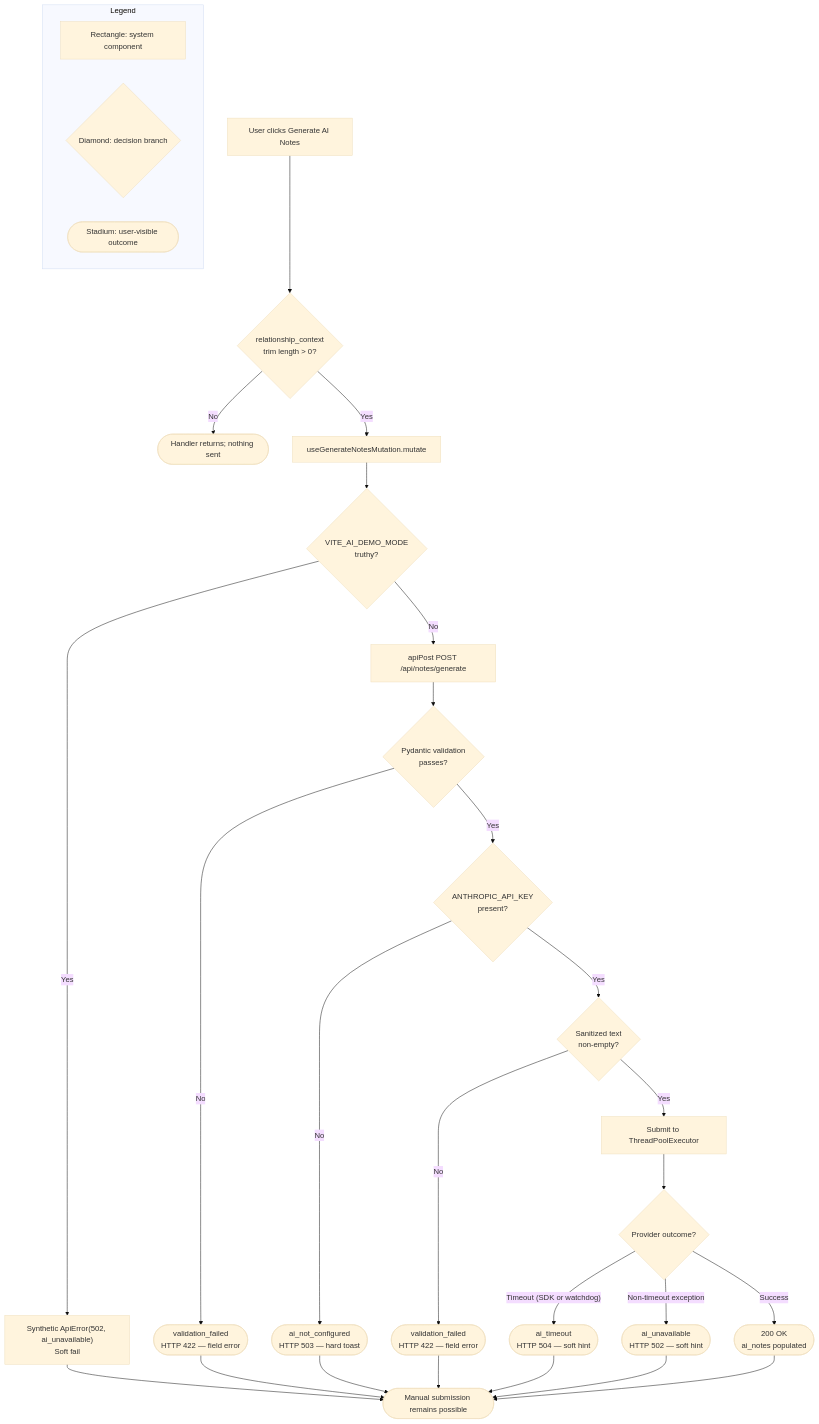
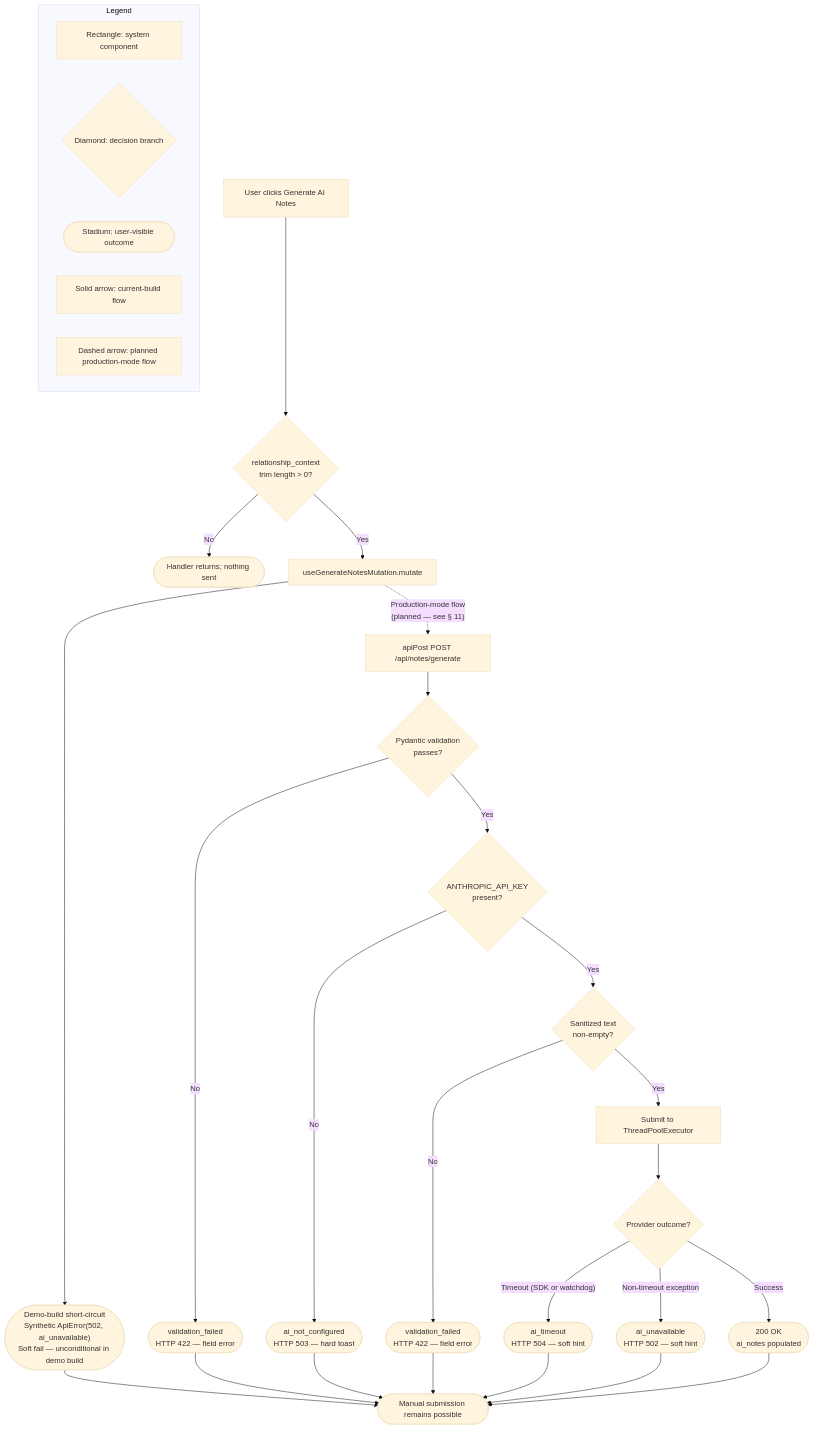
Before and after one commit to jrubin-blitzy/Sales-Connections: the third of 4 diagrams in docs/ai-note-generation-workflow.md, drawn with Mermaid (base theme). The commit also changed other lines of this file, not shown here.

````diff
--- a/docs/ai-note-generation-workflow.md
+++ b/docs/ai-note-generation-workflow.md
@@ -435,43 +438,44 @@
 ```mermaid
 %% Diagram: F-002 Failure Mode Map — Timeout, Provider Error, Validation, Misconfiguration
 flowchart TB
     Click[User clicks Generate AI Notes]
     Click --> Empty{relationship_context<br/>trim length > 0?}
     Empty -->|No| NoOp([Handler returns; nothing sent])
     Empty -->|Yes| Hook[useGenerateNotesMutation.mutate]
 
-    Hook --> Demo{VITE_AI_DEMO_MODE<br/>truthy?}
-    Demo -->|Yes| DemoErr["Synthetic ApiError(502, ai_unavailable)<br/>Soft fail"]
-    Demo -->|No| Post[apiPost POST /api/notes/generate]
+    Hook --> DemoErr(["Demo-build short-circuit<br/>Synthetic ApiError(502, ai_unavailable)<br/>Soft fail — unconditional in demo build"])
+    Hook -.->|"Production-mode flow<br/>(planned — see § 11)"| Post[apiPost POST /api/notes/generate]
 
     Post --> Pyd{Pydantic validation<br/>passes?}
     Pyd -->|No| V422([validation_failed<br/>HTTP 422 — field error])
 
     Pyd -->|Yes| Key{ANTHROPIC_API_KEY<br/>present?}
     Key -->|No| NotCfg([ai_not_configured<br/>HTTP 503 — hard toast])
 
     Key -->|Yes| San{Sanitized text<br/>non-empty?}
     San -->|No| V422b([validation_failed<br/>HTTP 422 — field error])
 
     San -->|Yes| Watch[Submit to ThreadPoolExecutor]
     Watch --> Outcome{Provider outcome?}
     Outcome -->|"Timeout (SDK or watchdog)"| Timeout([ai_timeout<br/>HTTP 504 — soft hint])
     Outcome -->|"Non-timeout exception"| Unavail([ai_unavailable<br/>HTTP 502 — soft hint])
     Outcome -->|Success| OK([200 OK<br/>ai_notes populated])
 
     DemoErr --> Manual
     V422 --> Manual
     NotCfg --> Manual
     V422b --> Manual
     Timeout --> Manual
     Unavail --> Manual
     OK --> Manual
 
     Manual([Manual submission remains possible])
 
     subgraph Legend["Legend"]
         L1[Rectangle: system component]
         L2{Diamond: decision branch}
         L3([Stadium: user-visible outcome])
+        L4[Solid arrow: current-build flow]
+        L5[Dashed arrow: planned production-mode flow]
     end
 ```
````
